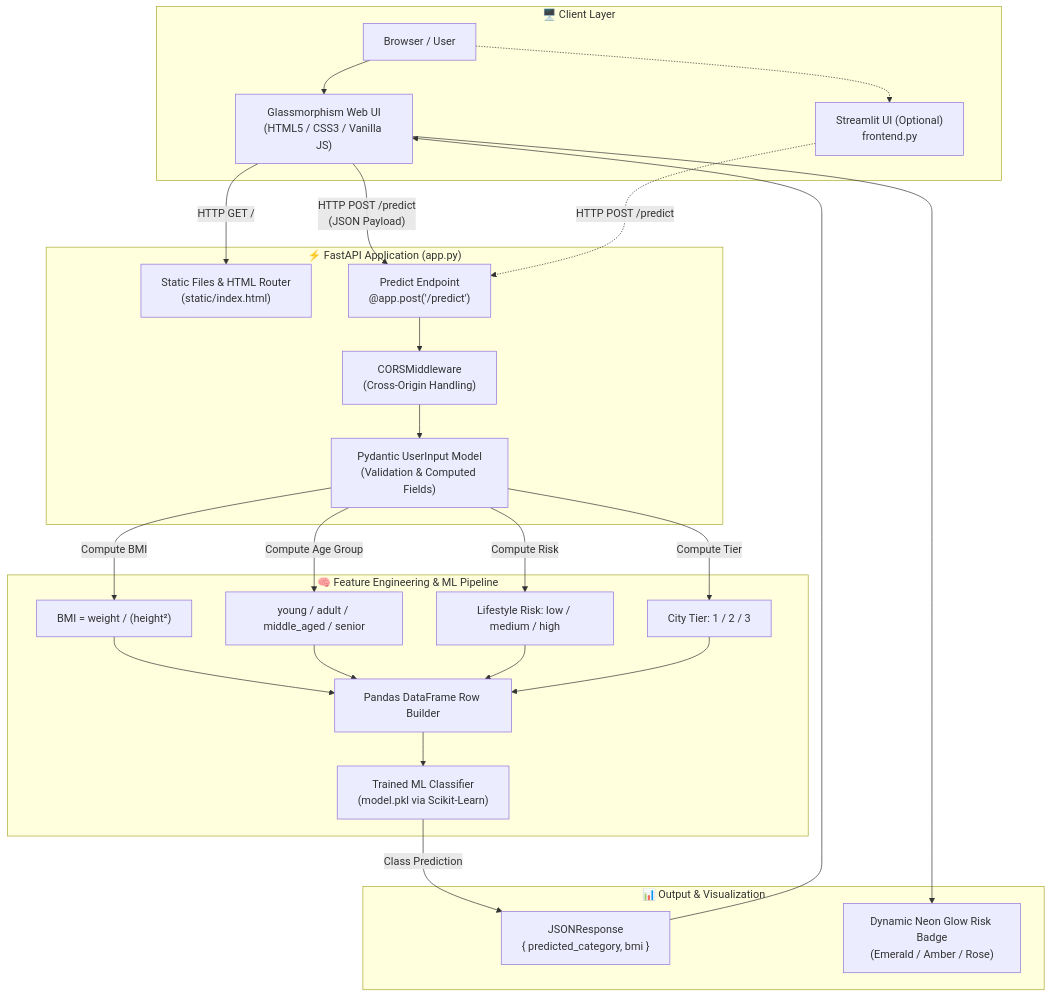
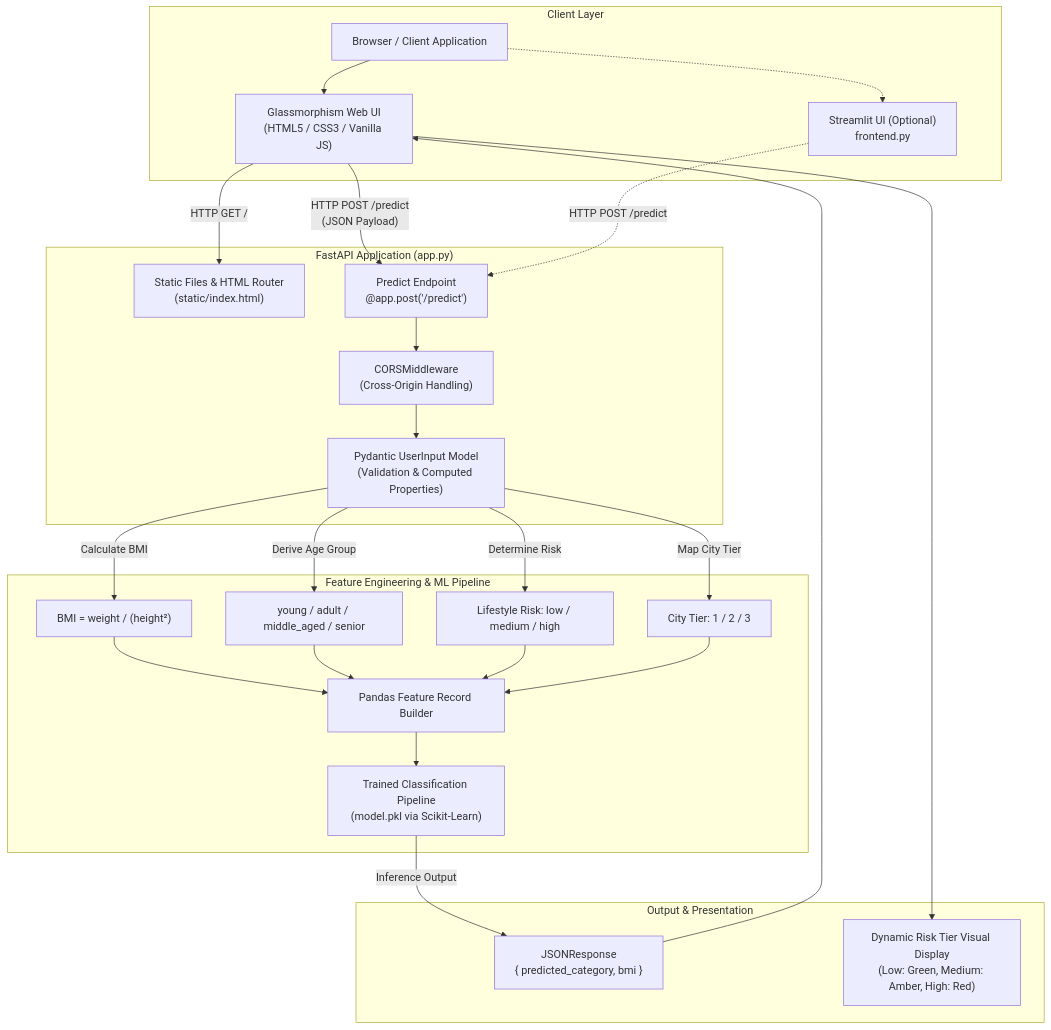
One commit to kumarsahup07/AuraHealth---Insurance-Premium-Category-Predictor changed the first of 2 diagrams in README.md. Above: the diagram before and after it, drawn with Mermaid. The commit also changed other lines of this file, not shown here.

````diff
--- a/README.md
+++ b/README.md
@@ -17,32 +17,32 @@
 ```mermaid
 flowchart TB
-    subgraph Client ["🖥️ Client Layer"]
-        A["Browser / User"] --> B["Glassmorphism Web UI\n(HTML5 / CSS3 / Vanilla JS)"]
+    subgraph Client ["Client Layer"]
+        A["Browser / Client Application"] --> B["Glassmorphism Web UI\n(HTML5 / CSS3 / Vanilla JS)"]
         A -.-> S["Streamlit UI (Optional)\nfrontend.py"]
     end
 
-    subgraph Server ["⚡ FastAPI Application (app.py)"]
+    subgraph Server ["FastAPI Application (app.py)"]
         B -->|"HTTP GET /"| Static["Static Files & HTML Router\n(static/index.html)"]
         B -->|"HTTP POST /predict\n(JSON Payload)"| API["Predict Endpoint\n@app.post('/predict')"]
         S -.->|"HTTP POST /predict"| API
         
         API --> CORS["CORSMiddleware\n(Cross-Origin Handling)"]
-        CORS --> Pydantic["Pydantic UserInput Model\n(Validation & Computed Fields)"]
+        CORS --> Pydantic["Pydantic UserInput Model\n(Validation & Computed Properties)"]
     end
 
-    subgraph FeatureEng ["🧠 Feature Engineering & ML Pipeline"]
-        Pydantic -->|"Compute BMI"| F1["BMI = weight / (height²)"]
-        Pydantic -->|"Compute Age Group"| F2["young / adult / middle_aged / senior"]
-        Pydantic -->|"Compute Risk"| F3["Lifestyle Risk: low / medium / high"]
-        Pydantic -->|"Compute Tier"| F4["City Tier: 1 / 2 / 3"]
+    subgraph FeatureEng ["Feature Engineering & ML Pipeline"]
+        Pydantic -->|"Calculate BMI"| F1["BMI = weight / (height²)"]
+        Pydantic -->|"Derive Age Group"| F2["young / adult / middle_aged / senior"]
+        Pydantic -->|"Determine Risk"| F3["Lifestyle Risk: low / medium / high"]
+        Pydantic -->|"Map City Tier"| F4["City Tier: 1 / 2 / 3"]
         
-        F1 & F2 & F3 & F4 --> DFPipeline["Pandas DataFrame Row Builder"]
-        DFPipeline --> Model["Trained ML Classifier\n(model.pkl via Scikit-Learn)"]
+        F1 & F2 & F3 & F4 --> DFPipeline["Pandas Feature Record Builder"]
+        DFPipeline --> Model["Trained Classification Pipeline\n(model.pkl via Scikit-Learn)"]
     end
 
-    subgraph Response ["📊 Output & Visualization"]
-        Model -->|"Class Prediction"| JSON["JSONResponse\n{ predicted_category, bmi }"]
+    subgraph Response ["Output & Presentation"]
+        Model -->|"Inference Output"| JSON["JSONResponse\n{ predicted_category, bmi }"]
         JSON --> B
-        B --> Card["Dynamic Neon Glow Risk Badge\n(Emerald / Amber / Rose)"]
+        B --> Card["Dynamic Risk Tier Visual Display\n(Low: Green, Medium: Amber, High: Red)"]
     end
 ```
````
